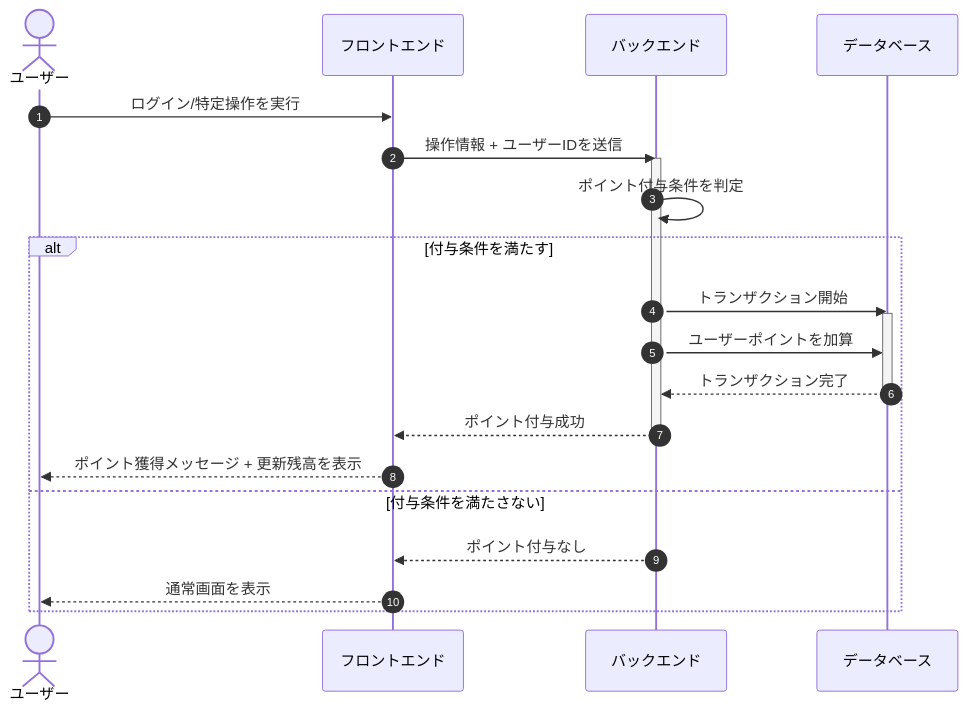
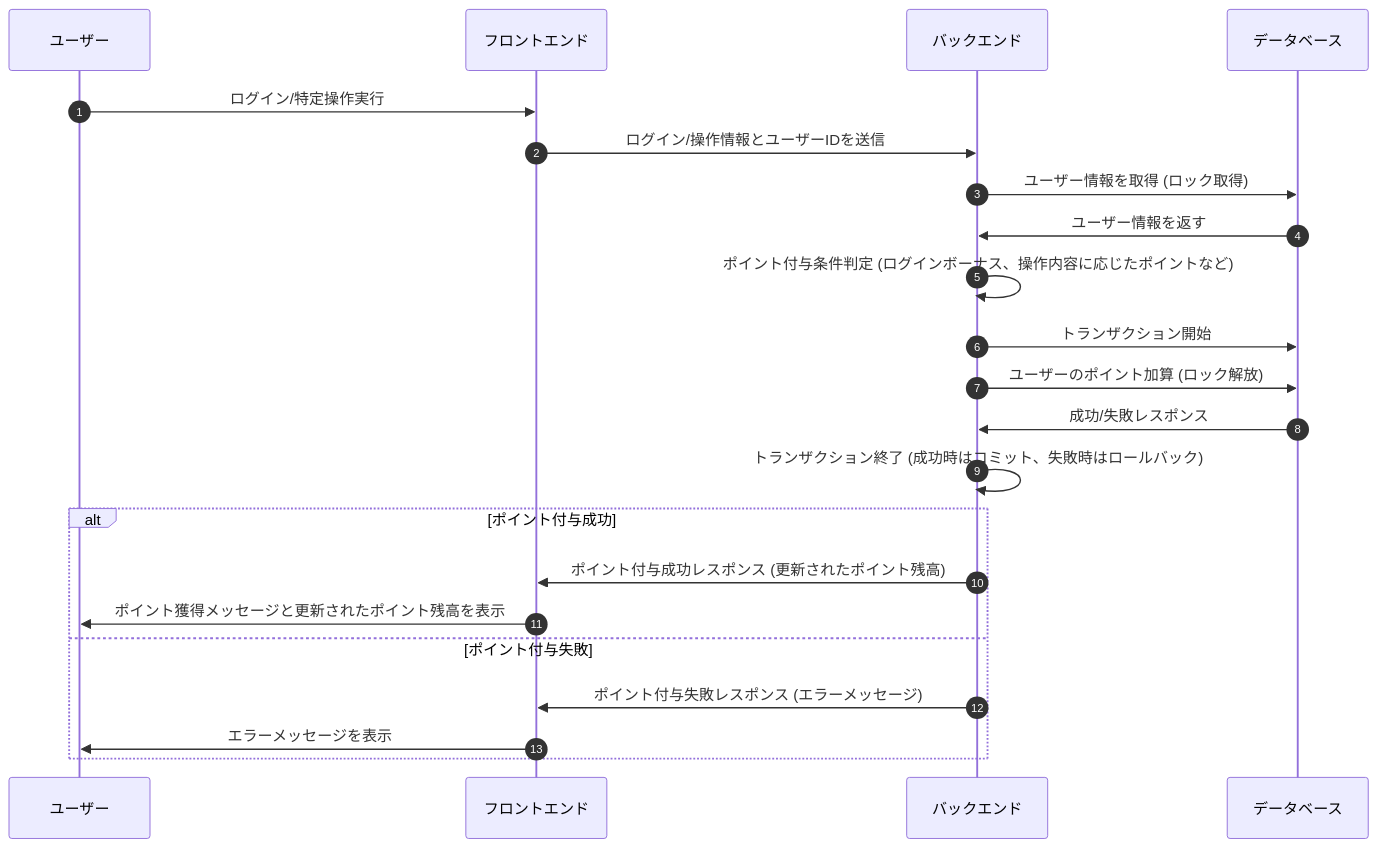
The sixth of 13 diagrams in docs/sequence-diagrams.md (sc-hosokawa/frienda), drawn with Mermaid before and after one commit. The commit also changed other lines of this file, not shown here.

First line of the commit message:
docs: Notion図に合わせてシーケンス図を修正し景品交換フローを追加

````diff
--- a/docs/sequence-diagrams.md
+++ b/docs/sequence-diagrams.md
@@ -282,29 +305,26 @@
 ```mermaid
 sequenceDiagram
     autonumber
 
-    actor User as ユーザー
+    participant User as ユーザー
     participant Frontend as フロントエンド
     participant Backend as バックエンド
-    participant DB as データベース
+    participant Database as データベース
 
-    User->>Frontend: ログイン/特定操作を実行
-    Frontend->>Backend: 操作情報 + ユーザーIDを送信
-    activate Backend
-
-    Backend->>Backend: ポイント付与条件を判定
-
-    alt 付与条件を満たす
-        Backend->>DB: トランザクション開始
-        activate DB
-        Backend->>DB: ユーザーポイントを加算
-        DB-->>Backend: トランザクション完了
-        deactivate DB
-        Backend-->>Frontend: ポイント付与成功
-        deactivate Backend
-        Frontend-->>User: ポイント獲得メッセージ + 更新残高を表示
-    else 付与条件を満たさない
-        Backend-->>Frontend: ポイント付与なし
-        Frontend-->>User: 通常画面を表示
+    User->>Frontend: ログイン/特定操作実行
+    Frontend->>Backend: ログイン/操作情報とユーザーIDを送信
+    Backend->>Database: ユーザー情報を取得 (ロック取得)
+    Database->>Backend: ユーザー情報を返す
+    Backend->>Backend: ポイント付与条件判定 (ログインボーナス、操作内容に応じたポイントなど)
+    Backend->>Database: トランザクション開始
+    Backend->>Database: ユーザーのポイント加算 (ロック解放)
+    Database->>Backend: 成功/失敗レスポンス
+    Backend->>Backend: トランザクション終了 (成功時はコミット、失敗時はロールバック)
+    alt ポイント付与成功
+        Backend->>Frontend: ポイント付与成功レスポンス (更新されたポイント残高)
+        Frontend->>User: ポイント獲得メッセージと更新されたポイント残高を表示
+    else ポイント付与失敗
+        Backend->>Frontend: ポイント付与失敗レスポンス (エラーメッセージ)
+        Frontend->>User: エラーメッセージを表示
     end
 ```
````
